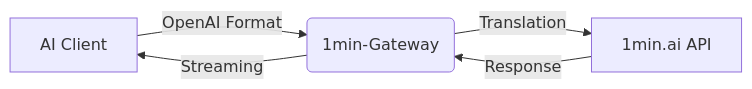
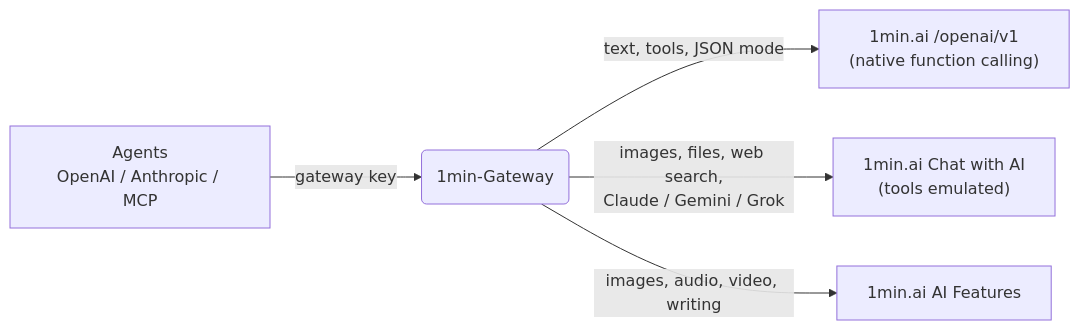
Before and after one commit to bidabil/1min-Getway: the diagram in README.md, drawn with Mermaid. The commit also changed other lines of this file and 166 other files, not shown here.

First line of the commit message:
:boom: feat(Gateway): réécriture v2 en clean architecture (OpenAI, Anthropic, MCP) (#128)

````diff
--- a/README.md
+++ b/README.md
@@ -33,7 +20,7 @@
 ```mermaid
-graph LR
-    A[AI Client] -->|OpenAI Format| B(1min-Gateway)
-    B -->|Translation| C[1min.ai API]
-    C -->|Response| B
-    B -->|Streaming| A
+flowchart LR
+    A[Agents<br/>OpenAI / Anthropic / MCP] -->|gateway key| G(1min-Gateway)
+    G -->|text, tools, JSON mode| N["1min.ai /openai/v1<br/>(native function calling)"]
+    G -->|images, files, web search,<br/>Claude / Gemini / Grok| L["1min.ai Chat with AI<br/>(tools emulated)"]
+    G -->|images, audio, video, writing| F["1min.ai AI Features"]
 ```
````
